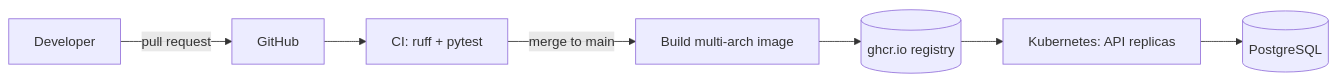
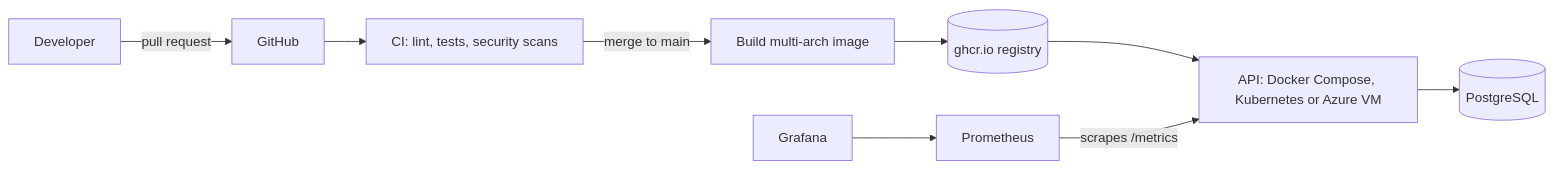
One commit to tamezza/TaskBoard changed the diagram in README.md. Above: the diagram before and after it, drawn with Mermaid. The commit also changed other lines of this file, not shown here.

Commit message:
Update README with cloud, monitoring and security (#20)

````diff
--- a/README.md
+++ b/README.md
@@ -17,9 +20,11 @@
 ```mermaid
 flowchart LR
     dev[Developer] -->|pull request| gh[GitHub]
-    gh --> ci[CI: ruff + pytest]
+    gh --> ci[CI: lint, tests, security scans]
     ci -->|merge to main| build[Build multi-arch image]
     build --> reg[(ghcr.io registry)]
-    reg --> k8s[Kubernetes: API replicas]
-    k8s --> db[(PostgreSQL)]
+    reg --> run[API: Docker Compose, Kubernetes or Azure VM]
+    run --> db[(PostgreSQL)]
+    prom[Prometheus] -->|scrapes /metrics| run
+    graf[Grafana] --> prom
 ```
````
